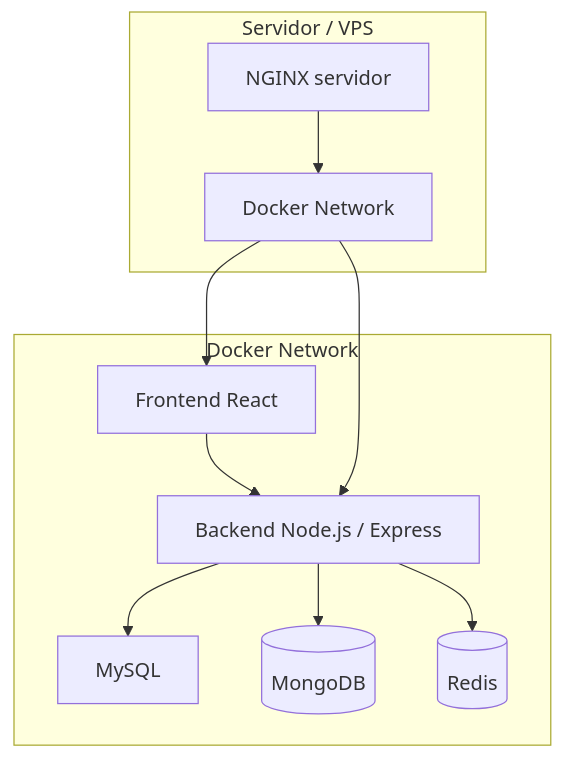
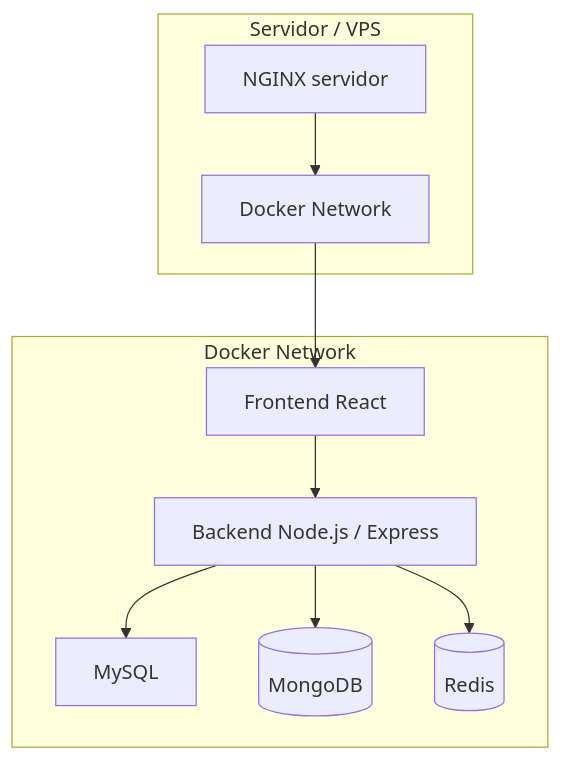
One commit to GeraMaldonado/blog changed the diagram in docs/arquitectura/09-diagrama-despliegue.md. Above: the diagram before and after it, drawn with Mermaid.

Commit message:
Update 09-diagrama-despliegue.md
doc: fix salida de docker network

````diff
--- a/docs/arquitectura/09-diagrama-despliegue.md
+++ b/docs/arquitectura/09-diagrama-despliegue.md
@@ -1,24 +1,23 @@
 ```mermaid
     graph TD
         subgraph Servidor / VPS
             nginx_host[NGINX servidor]
             docker_network[Docker Network]
             nginx_host --> docker_network
         end
     
         subgraph Docker Network
             frontend[Frontend React]
             backend[Backend Node.js / Express]
             mysql[MySQL]
             mongo[(MongoDB)]
             redis[(Redis)]
     
             frontend --> backend
             backend --> mysql
             backend --> mongo
             backend --> redis
         end
     
         docker_network --> frontend
-        docker_network --> backend
 ```
````
